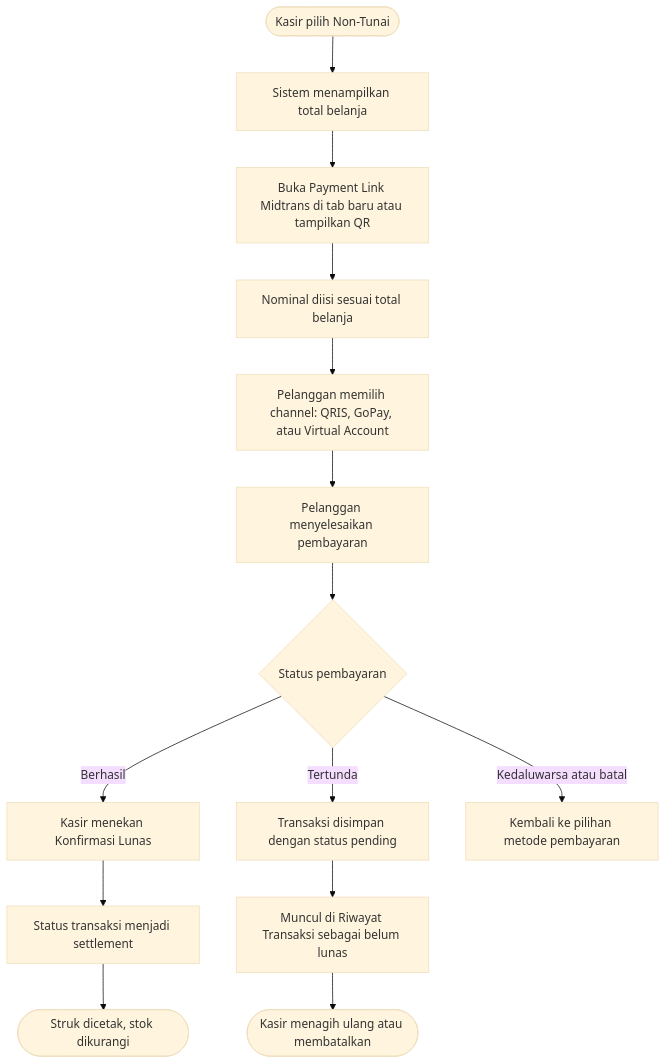
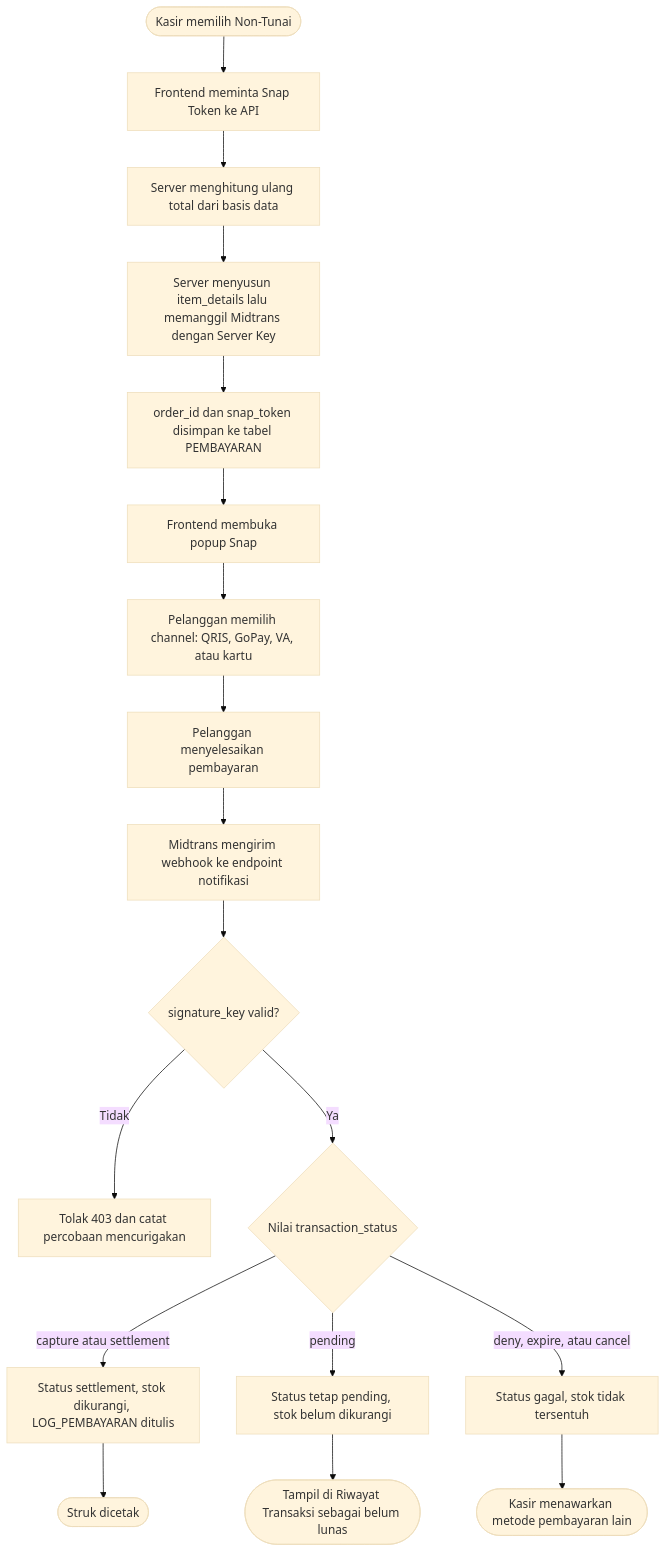
The fifth of 6 diagrams in docs/PERANCANGAN.md (gedcodes/pemrograman-web2), drawn with Mermaid (base theme) before and after one commit. The commit also changed other lines of this file and 210 other files, not shown here.

````diff
--- a/docs/PERANCANGAN.md
+++ b/docs/PERANCANGAN.md
@@ -323,18 +333,23 @@
 ```mermaid
 flowchart TD
-    A([Kasir pilih Non-Tunai]) --> B[Sistem menampilkan total belanja]
-    B --> C[Buka Payment Link Midtrans di tab baru atau tampilkan QR]
-    C --> D[Nominal diisi sesuai total belanja]
-    D --> E[Pelanggan memilih channel: QRIS, GoPay, atau Virtual Account]
-    E --> F[Pelanggan menyelesaikan pembayaran]
-    F --> G{Status pembayaran}
+    A([Kasir memilih Non-Tunai]) --> B[Frontend meminta Snap Token ke API]
+    B --> C[Server menghitung ulang total dari basis data]
+    C --> D[Server menyusun item_details lalu memanggil Midtrans dengan Server Key]
+    D --> E[order_id dan snap_token disimpan ke tabel PEMBAYARAN]
+    E --> F[Frontend membuka popup Snap]
+    F --> G[Pelanggan memilih channel: QRIS, GoPay, VA, atau kartu]
+    G --> H[Pelanggan menyelesaikan pembayaran]
+    H --> I[Midtrans mengirim webhook ke endpoint notifikasi]
 
-    G -- Berhasil --> H[Kasir menekan Konfirmasi Lunas]
-    G -- Tertunda --> I[Transaksi disimpan dengan status pending]
-    G -- Kedaluwarsa atau batal --> J[Kembali ke pilihan metode pembayaran]
+    I --> J{signature_key valid?}
+    J -- Tidak --> K[Tolak 403 dan catat percobaan mencurigakan]
+    J -- Ya --> L{Nilai transaction_status}
 
-    H --> K[Status transaksi menjadi settlement]
-    I --> L[Muncul di Riwayat Transaksi sebagai belum lunas]
-    K --> M([Struk dicetak, stok dikurangi])
-    L --> N([Kasir menagih ulang atau membatalkan])
+    L -- capture atau settlement --> M[Status settlement, stok dikurangi, LOG_PEMBAYARAN ditulis]
+    L -- pending --> N[Status tetap pending, stok belum dikurangi]
+    L -- deny, expire, atau cancel --> O[Status gagal, stok tidak tersentuh]
+
+    M --> P([Struk dicetak])
+    N --> Q([Tampil di Riwayat Transaksi sebagai belum lunas])
+    O --> R([Kasir menawarkan metode pembayaran lain])
 ```
````
